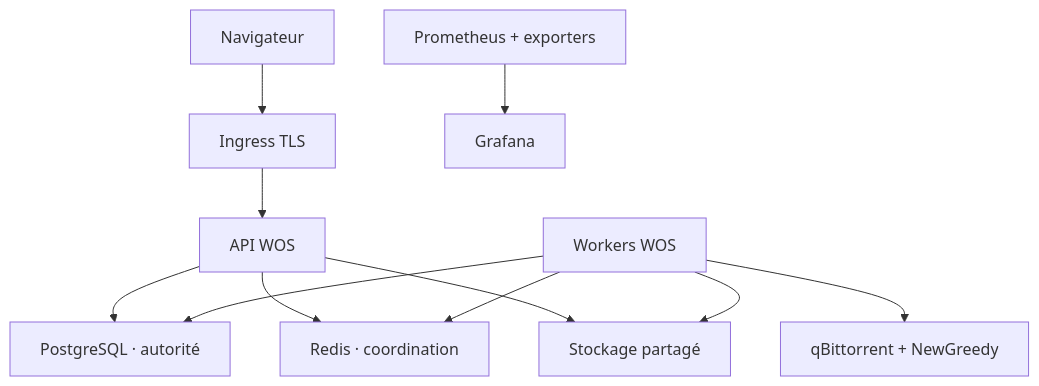
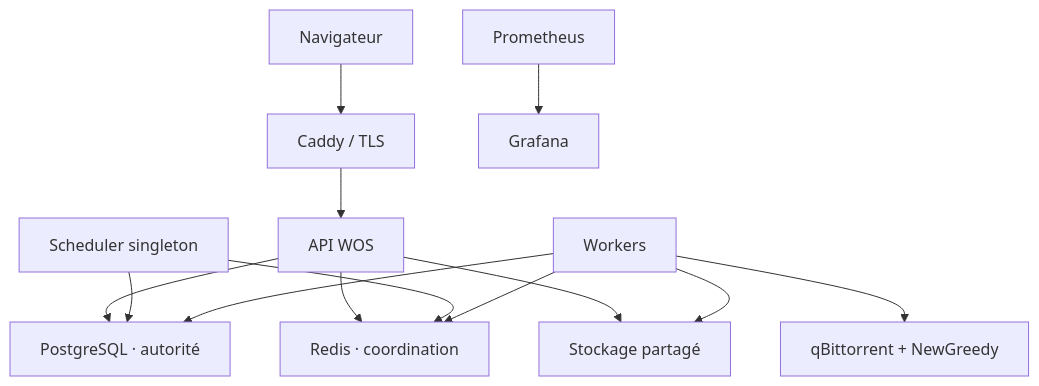
One commit to ThomasPerez91/World-of-Seeds changed the diagram in docs/architecture-v2.md. Above: the diagram before and after it, drawn with Mermaid. The commit also changed other lines of this file and 18 other files, not shown here.

Commit message:
refactor: consolidate post-UX architecture

````diff
--- a/docs/architecture-v2.md
+++ b/docs/architecture-v2.md
@@ -23,13 +17,15 @@
 ```mermaid
 flowchart TB
-    Browser["Navigateur"] --> Ingress["Ingress TLS"]
+    Browser["Navigateur"] --> Ingress["Caddy / TLS"]
     Ingress --> API["API WOS"]
     API --> PG["PostgreSQL · autorité"]
     API --> Redis["Redis · coordination"]
-    Worker["Workers WOS"] --> PG
+    Scheduler["Scheduler singleton"] --> PG
+    Scheduler --> Redis
+    Worker["Workers"] --> PG
     Worker --> Redis
     Worker --> Services["qBittorrent + NewGreedy"]
     API --> Storage["Stockage partagé"]
     Worker --> Storage
-    Metrics["Prometheus + exporters"] --> Grafana["Grafana"]
+    Prometheus --> Grafana
 ```
````
